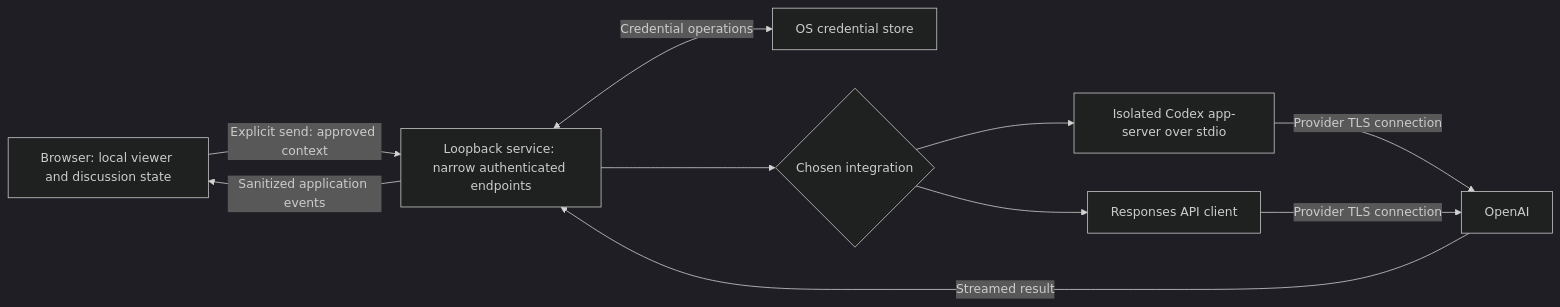
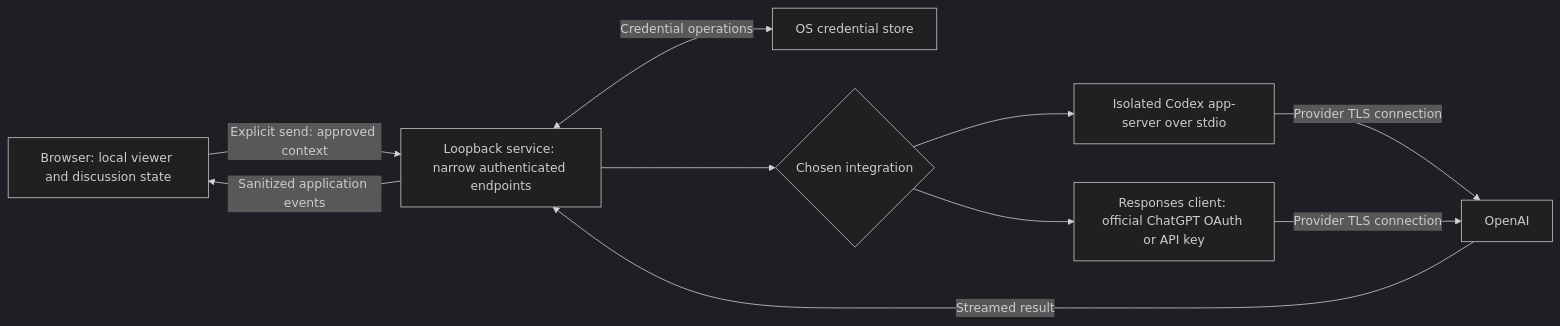
The diagram in docs/specs/chatgpt-connection.md (NyxKit/echo), drawn with Mermaid (dark theme) before and after one commit. The commit also changed other lines of this file and 1 other file, not shown here.

````diff
--- a/docs/specs/chatgpt-connection.md
+++ b/docs/specs/chatgpt-connection.md
@@ -136,12 +147,12 @@
 ```mermaid
 flowchart LR
     A[Browser: local viewer and discussion state] -->|Explicit send: approved context| B[Loopback service: narrow authenticated endpoints]
     B <-->|Credential operations| C[OS credential store]
     B --> D{Chosen integration}
     D --> E[Isolated Codex app-server over stdio]
-    D --> F[Responses API client]
+    D --> F[Responses client: official ChatGPT OAuth or API key]
     E -->|Provider TLS connection| G[OpenAI]
     F -->|Provider TLS connection| G
     G -->|Streamed result| B
     B -->|Sanitized application events| A
 ```
````
